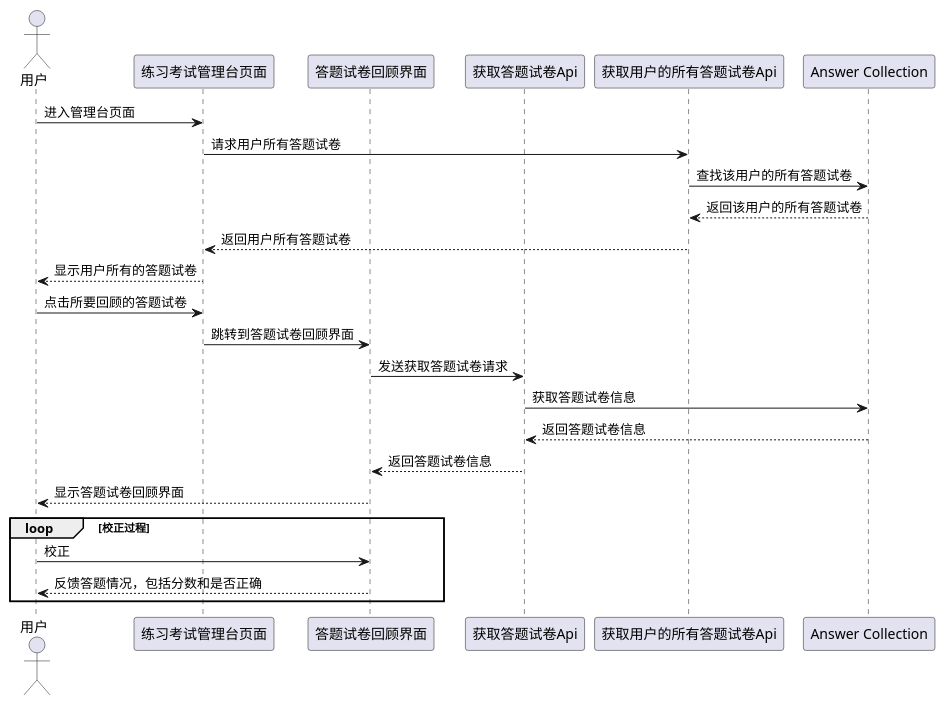
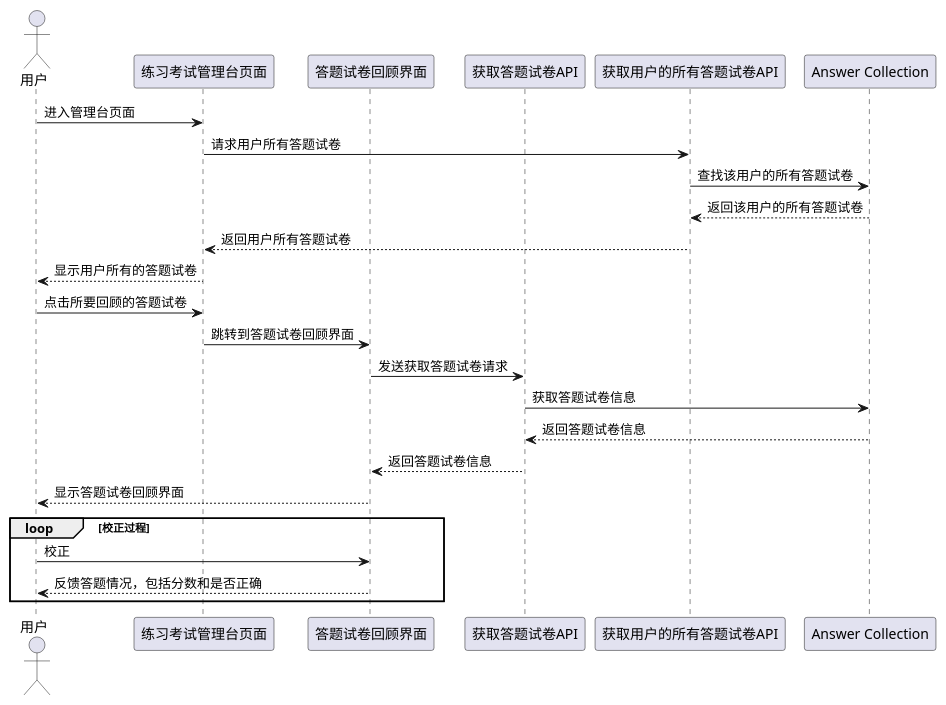
One commit to ringoyungpo/cetutor-doc changed diagram 13 of 15 in cetutor.md. Above: the diagram before and after it, drawn with PlantUML. The commit also changed other lines of this file, not shown here.

````diff
--- a/cetutor.md
+++ b/cetutor.md
@@ -762,27 +763,27 @@
 ```puml
 actor 用户 as A
 participant "练习考试管理台页面" as B
 participant "答题试卷回顾界面" as C
-participant "获取答题试卷Api" as D
-participant "获取用户的所有答题试卷Api" as J
+participant "获取答题试卷API" as D
+participant "获取用户的所有答题试卷API" as J
 participant "Answer Collection" as I
 
 A -> B: 进入管理台页面
 B -> J: 请求用户所有答题试卷
 J -> I: 查找该用户的所有答题试卷
 J <-- I: 返回该用户的所有答题试卷
 B <-- J: 返回用户所有答题试卷
 A <-- B: 显示用户所有的答题试卷
 
 A -> B: 点击所要回顾的答题试卷
 B -> C: 跳转到答题试卷回顾界面
 C -> D: 发送获取答题试卷请求
 D -> I: 获取答题试卷信息
 D <-- I: 返回答题试卷信息
 C <-- D: 返回答题试卷信息
 A <-- C: 显示答题试卷回顾界面
 loop 校正过程
 	A -> C: 校正
 	A <-- C: 反馈答题情况，包括分数和是否正确
 end
 ```
````
